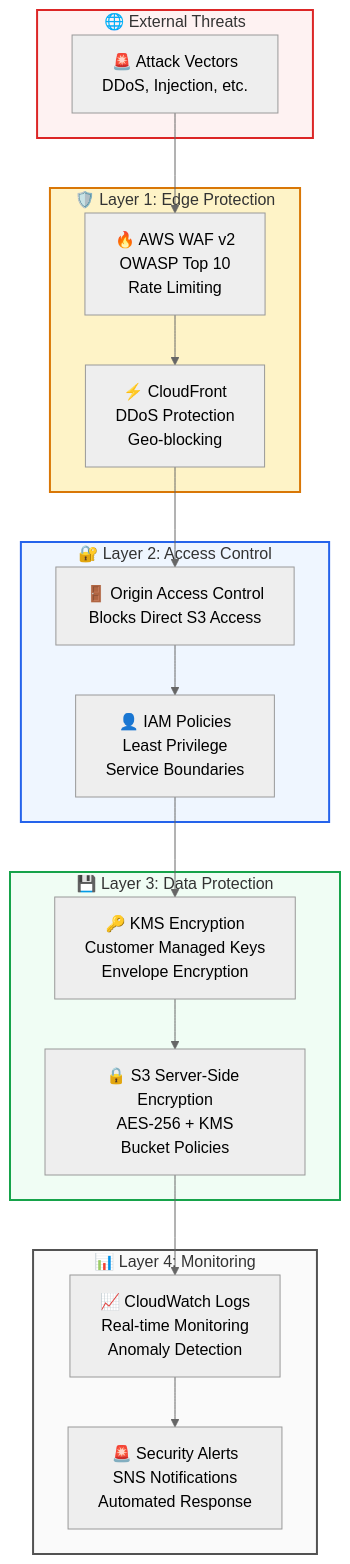
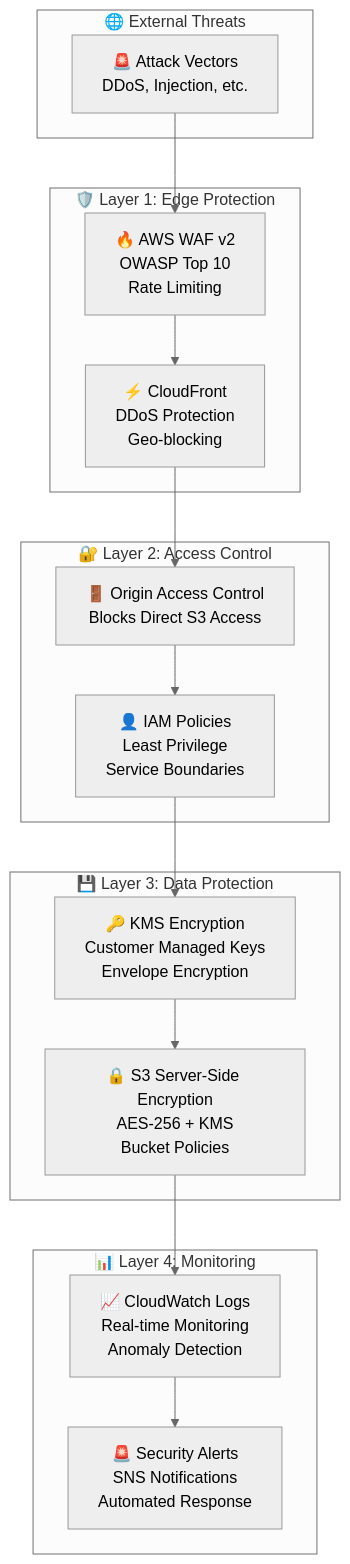
The sixth of 8 diagrams in docs/architecture.md (Celtikill/static-site), drawn with Mermaid (neutral theme) before and after one commit. The commit also changed other lines of this file and 5 other files, not shown here.

````diff
--- a/docs/architecture.md
+++ b/docs/architecture.md
@@ -250,47 +214,37 @@
 ```mermaid
 graph TD
     subgraph External["🌐 External Threats"]
         Attacks["🚨 Attack Vectors<br/>DDoS, Injection, etc."]
     end
 
     subgraph Layer1["🛡️ Layer 1: Edge Protection"]
         WAF["🔥 AWS WAF v2<br/>OWASP Top 10<br/>Rate Limiting"]
         CF["⚡ CloudFront<br/>DDoS Protection<br/>Geo-blocking"]
     end
 
     subgraph Layer2["🔐 Layer 2: Access Control"]
         OAC["🚪 Origin Access Control<br/>Blocks Direct S3 Access"]
         IAM["👤 IAM Policies<br/>Least Privilege<br/>Service Boundaries"]
     end
 
     subgraph Layer3["💾 Layer 3: Data Protection"]
         KMS["🔑 KMS Encryption<br/>Customer Managed Keys<br/>Envelope Encryption"]
         S3Encrypt["🔒 S3 Server-Side Encryption<br/>AES-256 + KMS<br/>Bucket Policies"]
     end
 
     subgraph Layer4["📊 Layer 4: Monitoring"]
         CW["📈 CloudWatch Logs<br/>Real-time Monitoring<br/>Anomaly Detection"]
         Alerts["🚨 Security Alerts<br/>SNS Notifications<br/>Automated Response"]
     end
 
     Attacks --> WAF
     WAF --> CF
     CF --> OAC
     OAC --> IAM
     IAM --> KMS
     KMS --> S3Encrypt
     S3Encrypt --> CW
     CW --> Alerts
 
-    classDef threatStyle fill:#fef2f2,stroke:#dc2626,stroke-width:2px
-    classDef edgeStyle fill:#fef3c7,stroke:#d97706,stroke-width:2px
-    classDef accessStyle fill:#eff6ff,stroke:#2563eb,stroke-width:2px
-    classDef dataStyle fill:#f0fdf4,stroke:#16a34a,stroke-width:2px
-    classDef monitorStyle fill:#fafafa,stroke:#525252,stroke-width:2px
 
-    class External threatStyle
-    class Layer1 edgeStyle
-    class Layer2 accessStyle
-    class Layer3 dataStyle
-    class Layer4 monitorStyle
 ```
````
